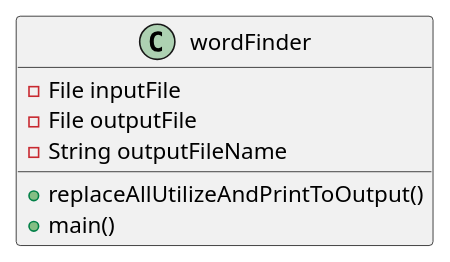
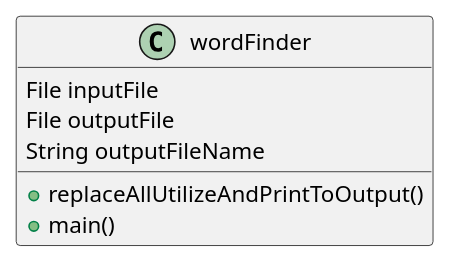
One commit to MohTaher108/taher-cop3330-assignment3 changed the diagram in docs/ex45.puml. Above: the diagram before and after it, drawn with PlantUML. The commit also changed 11 other files, not shown here.

```diff
--- a/docs/ex45.puml
+++ b/docs/ex45.puml
@@ -1,12 +1,12 @@
 @startuml
 'https://plantuml.com/class-diagram
 
 class wordFinder {
-- File inputFile
-- File outputFile
-- String outputFileName
+File inputFile
+File outputFile
+String outputFileName
 + replaceAllUtilizeAndPrintToOutput()
 + main()
 }
 
 @enduml
```
